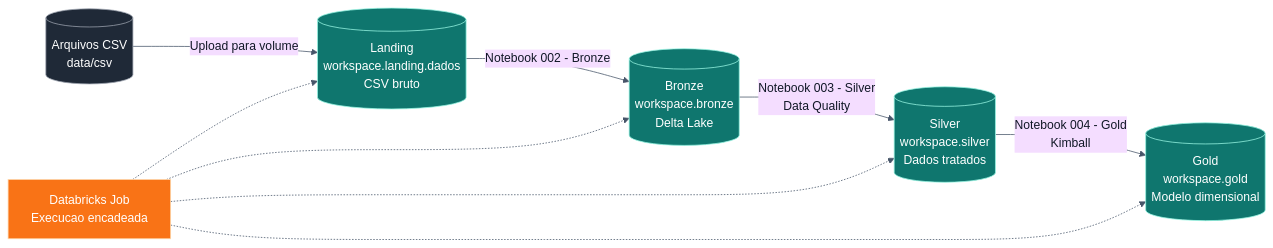
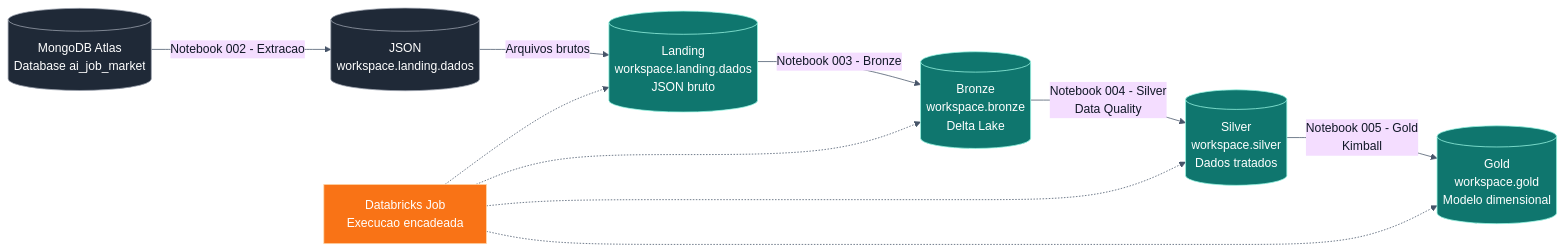
The diagram in README.md (omrl/trabalho-3-lakehouse-databricks), drawn with Mermaid before and after one commit. The commit also changed other lines of this file and 49 other files, not shown here.

Commit message:
feat: adapta pipeline para MongoDB Atlas

````diff
--- a/README.md
+++ b/README.md
@@ -24,36 +24,39 @@
 ```mermaid
 %%{init: {"theme": "base", "themeVariables": {"primaryTextColor": "#ffffff", "tertiaryTextColor": "#ffffff", "nodeTextColor": "#ffffff", "fontFamily": "Arial"}}}%%
 flowchart LR
-    csv[(Arquivos CSV<br/>data/csv)]
-    landing[(Landing<br/>workspace.landing.dados<br/>CSV bruto)]
+    db[(MongoDB Atlas<br/>Database ai_job_market)]
+    json[(JSON<br/>workspace.landing.dados)]
+    landing[(Landing<br/>workspace.landing.dados<br/>JSON bruto)]
     bronze[(Bronze<br/>workspace.bronze<br/>Delta Lake)]
     silver[(Silver<br/>workspace.silver<br/>Dados tratados)]
     gold[(Gold<br/>workspace.gold<br/>Modelo dimensional)]
     job[Databricks Job<br/>Execucao encadeada]
 
-    csv -->|Upload para volume| landing
-    landing -->|Notebook 002 - Bronze| bronze
-    bronze -->|Notebook 003 - Silver<br/>Data Quality| silver
-    silver -->|Notebook 004 - Gold<br/>Kimball| gold
+    db -->|Notebook 002 - Extracao| json
+    json -->|Arquivos brutos| landing
+    landing -->|Notebook 003 - Bronze| bronze
+    bronze -->|Notebook 004 - Silver<br/>Data Quality| silver
+    silver -->|Notebook 005 - Gold<br/>Kimball| gold
 
     job -.-> landing
     job -.-> bronze
     job -.-> silver
     job -.-> gold
 
     classDef source fill:#1f2937,stroke:#9ca3af,color:#ffffff
     classDef layer fill:#0f766e,stroke:#99f6e4,color:#ffffff
     classDef process fill:#f97316,stroke:#fed7aa,color:#ffffff
     linkStyle default stroke:#475569,color:#111827
 
-    class csv source
+    class db,json source
     class landing,bronze,silver,gold layer
     class job process
 
-    style csv color:#ffffff
+    style json color:#ffffff
+    style db color:#ffffff
     style landing color:#ffffff
     style bronze color:#ffffff
     style silver color:#ffffff
     style gold color:#ffffff
     style job color:#ffffff
 ```
````
